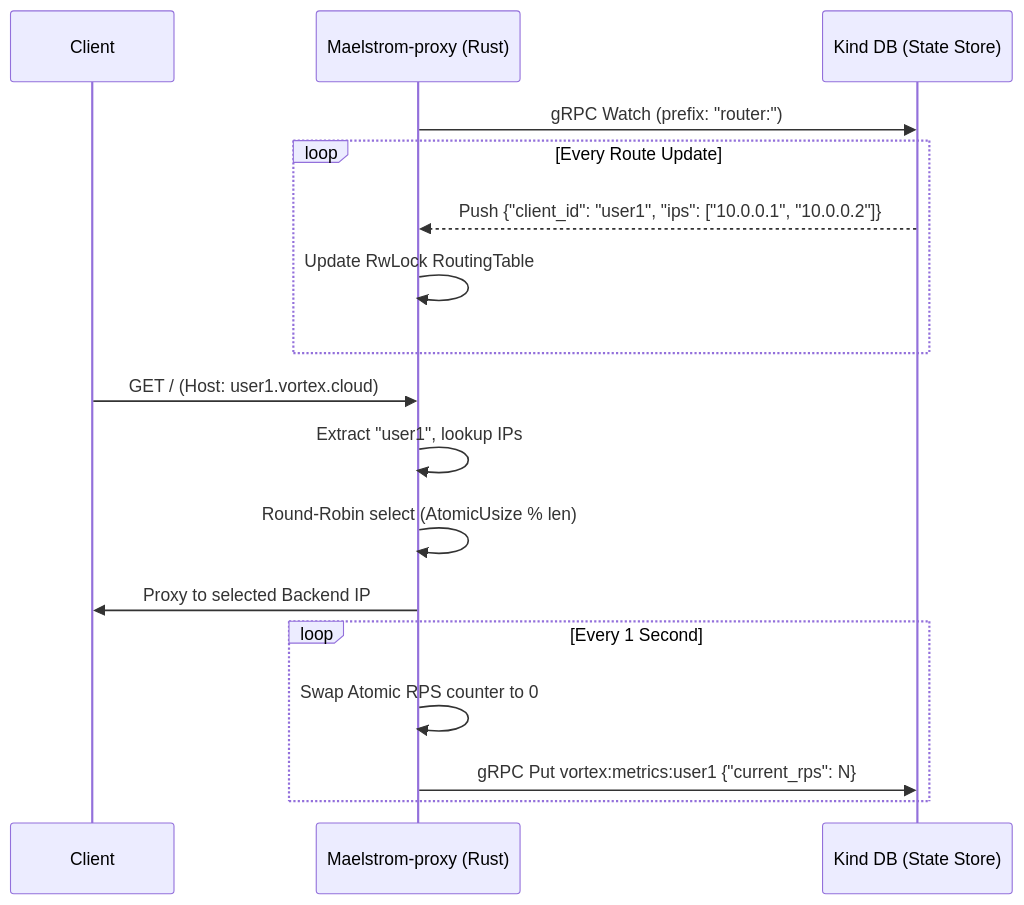
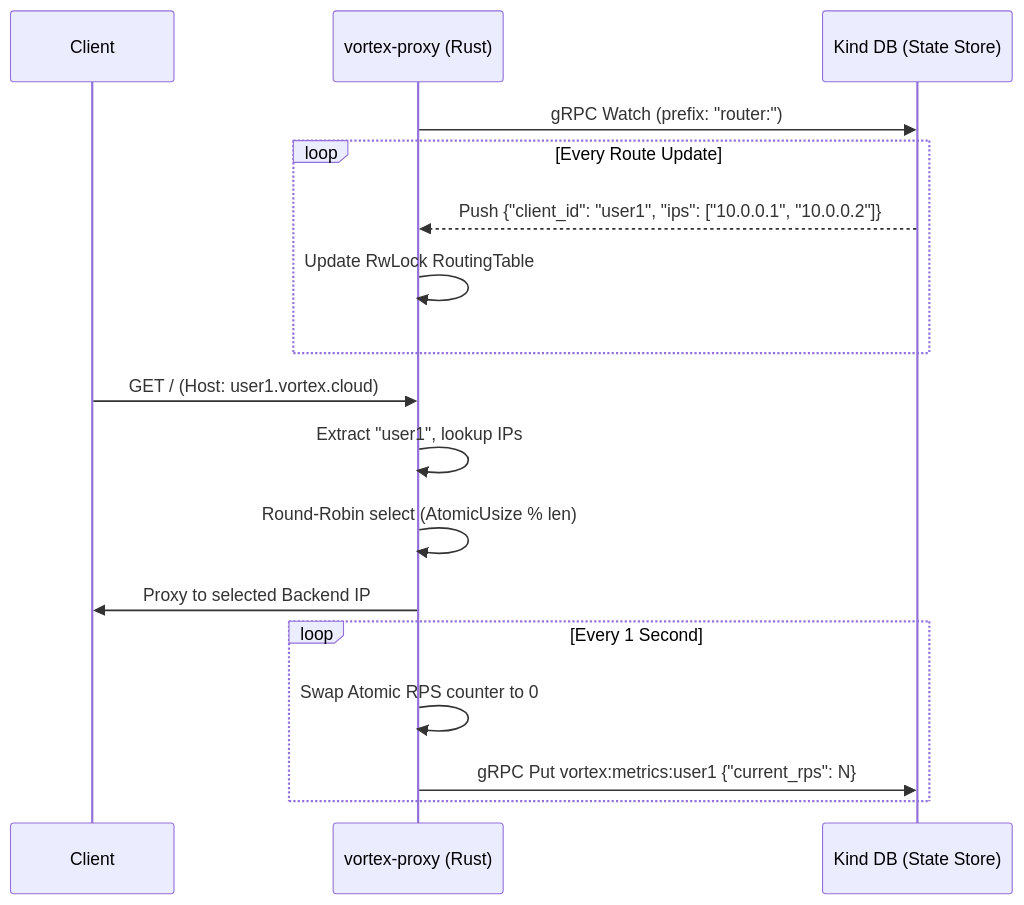
One commit to NKS01X/Maelstrom-proxy changed the second of 2 diagrams in README.md. Above: the diagram before and after it, drawn with Mermaid. The commit also changed other lines of this file and 1 other file, not shown here.

````diff
--- a/README.md
+++ b/README.md
@@ -55,22 +58,22 @@
 ```mermaid
 sequenceDiagram
     participant C  as Client
-    participant R  as Maelstrom-proxy (Rust)
+    participant R  as vortex-proxy (Rust)
     participant K  as Kind DB (State Store)
 
     R->>K: gRPC Watch (prefix: "router:")
     loop Every Route Update
         K-->>R: Push {"client_id": "user1", "ips": ["10.0.0.1", "10.0.0.2"]}
         R->>R: Update RwLock RoutingTable
     end
 
     C->>R: GET / (Host: user1.vortex.cloud)
     R->>R: Extract "user1", lookup IPs
     R->>R: Round-Robin select (AtomicUsize % len)
     R->>C: Proxy to selected Backend IP
 
     loop Every 1 Second
         R->>R: Swap Atomic RPS counter to 0
         R->>K: gRPC Put vortex:metrics:user1 {"current_rps": N}
     end
 ```
````
